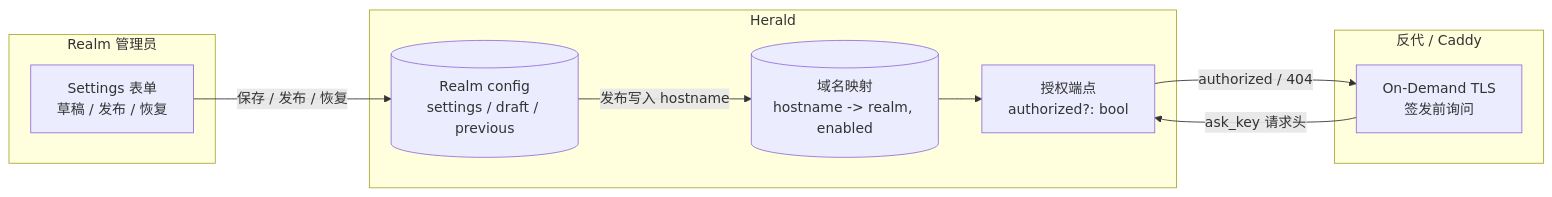
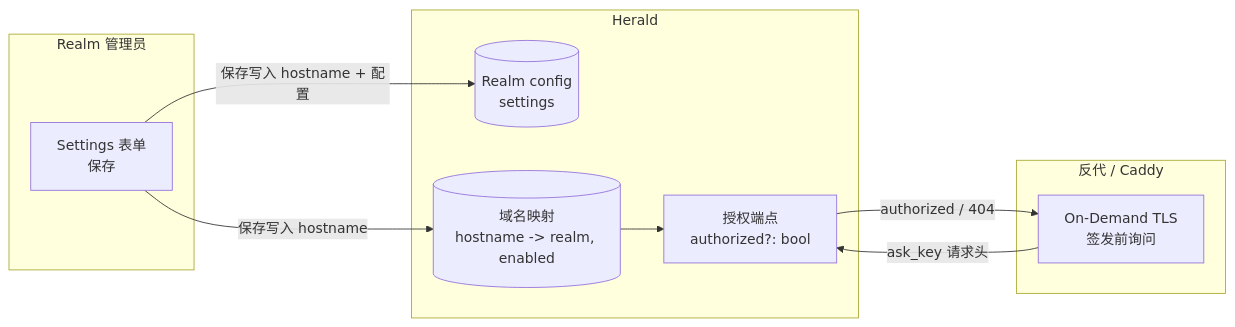
The diagram in docs-web/content/docs/zh/realm-custom-domain.mdx (ansonTGN/herald), drawn with Mermaid before and after one commit. The commit also changed other lines of this file and 9 other files, not shown here.

````diff
--- a/docs-web/content/docs/zh/realm-custom-domain.mdx
+++ b/docs-web/content/docs/zh/realm-custom-domain.mdx
@@ -64,22 +65,22 @@
 ```mermaid
 flowchart LR
     subgraph Admin[Realm 管理员]
-        UI[Settings 表单<br/>草稿 / 发布 / 恢复]
+        UI[Settings 表单<br/>保存]
     end
 
     subgraph Herald
-        CFG[(Realm config<br/>settings / draft / previous)]
+        CFG[(Realm config<br/>settings)]
         MAP[(域名映射<br/>hostname -> realm, enabled)]
         ASK[授权端点<br/>authorized?: bool]
     end
 
     subgraph Proxy[反代 / Caddy]
         TLS[On-Demand TLS<br/>签发前询问]
     end
 
-    UI -->|保存 / 发布 / 恢复| CFG
-    CFG -->|发布写入 hostname| MAP
+    UI -->|保存写入 hostname + 配置| CFG
+    UI -->|保存写入 hostname| MAP
     MAP --> ASK
     TLS -->|ask_key 请求头| ASK
     ASK -->|authorized / 404| TLS
 ```
````
